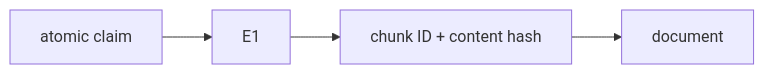
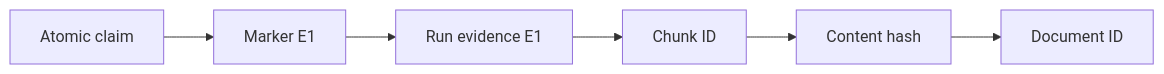
The first of 2 diagrams in docs/course/concepts/citations.md (levalencia/archon), drawn with Mermaid before and after one commit. The commit also changed other lines of this file and 6 other files, not shown here.

````diff
--- a/docs/course/concepts/citations.md
+++ b/docs/course/concepts/citations.md
@@ -11,6 +31,8 @@
 ```mermaid
 flowchart LR
-  C[atomic claim] --> ID[E1]
-  ID --> CH[chunk ID + content hash]
-  CH --> D[document]
+  C[Atomic claim] --> M[Marker E1]
+  M --> E[Run evidence E1]
+  E --> K[Chunk ID]
+  K --> H[Content hash]
+  H --> D[Document ID]
 ```
````
